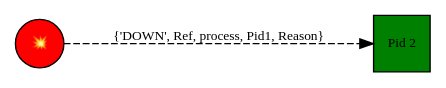
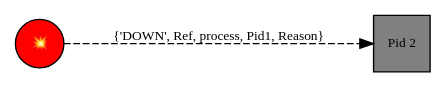
The seventh of 7 diagrams in notes/20241001192402-error_handling_in_erlang.org (schonfinkel/schonfinkel.github.io), drawn with Graphviz before and after one commit. The commit also changed other lines of this file and 20 other files, not shown here.

```diff
--- a/notes/20241001192402-error_handling_in_erlang.org
+++ b/notes/20241001192402-error_handling_in_erlang.org
@@ -242,12 +256,12 @@
 #+BEGIN_SRC dot :file ../static/img/notes/erlang_monitor_error.png :cmdline -Kdot -Tpng :exports results
   digraph Monitor {
       node [shape=circle];
       rankdir="LR";
       sep = 1;
 
       pid1 [label="💥", fontsize="10pt", style=filled, fillcolor=red];
-      pid2 [label="Pid 2", fontsize="10pt", style=filled, fillcolor=green, shape=square];
+      pid2 [label="Pid 2", fontsize="10pt", style=filled, fillcolor=grey, shape=square];
 
       pid1 -> pid2 [label="{'DOWN', Ref, process, Pid1, Reason}", fontsize="10pt", minlen=1, style=dashed];
   }
 #+END_SRC
```
